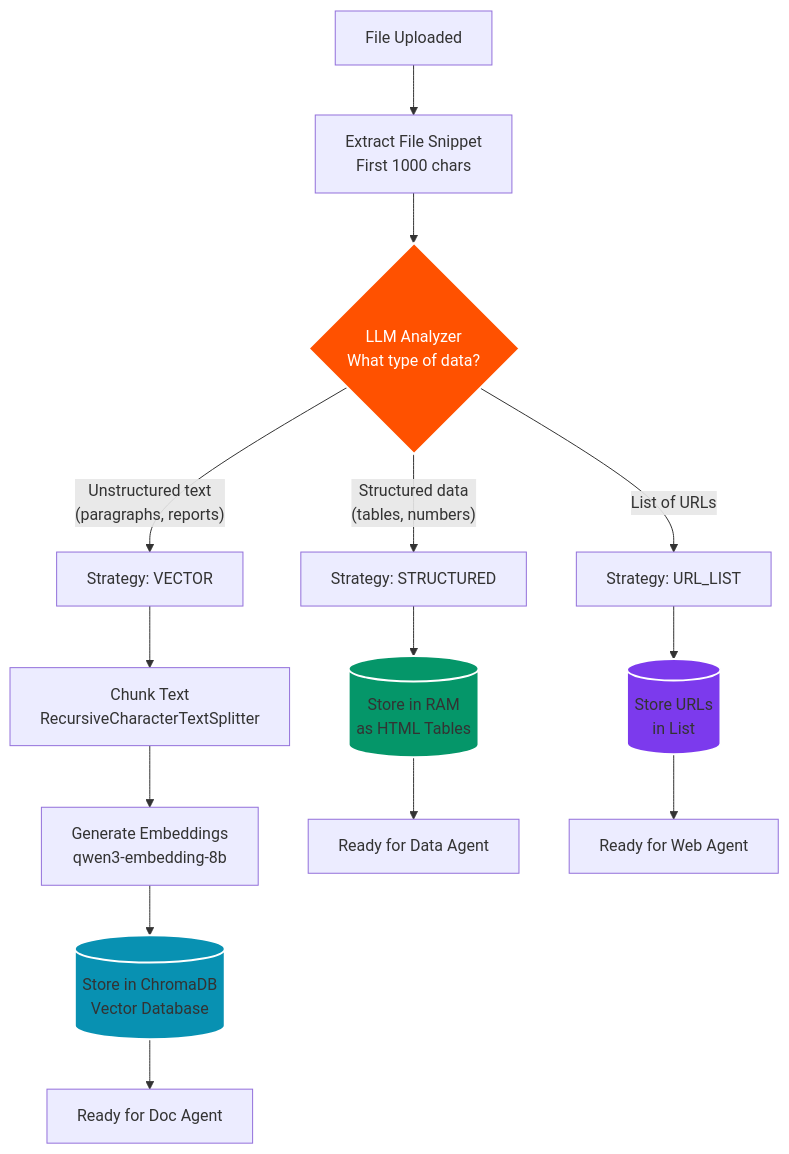
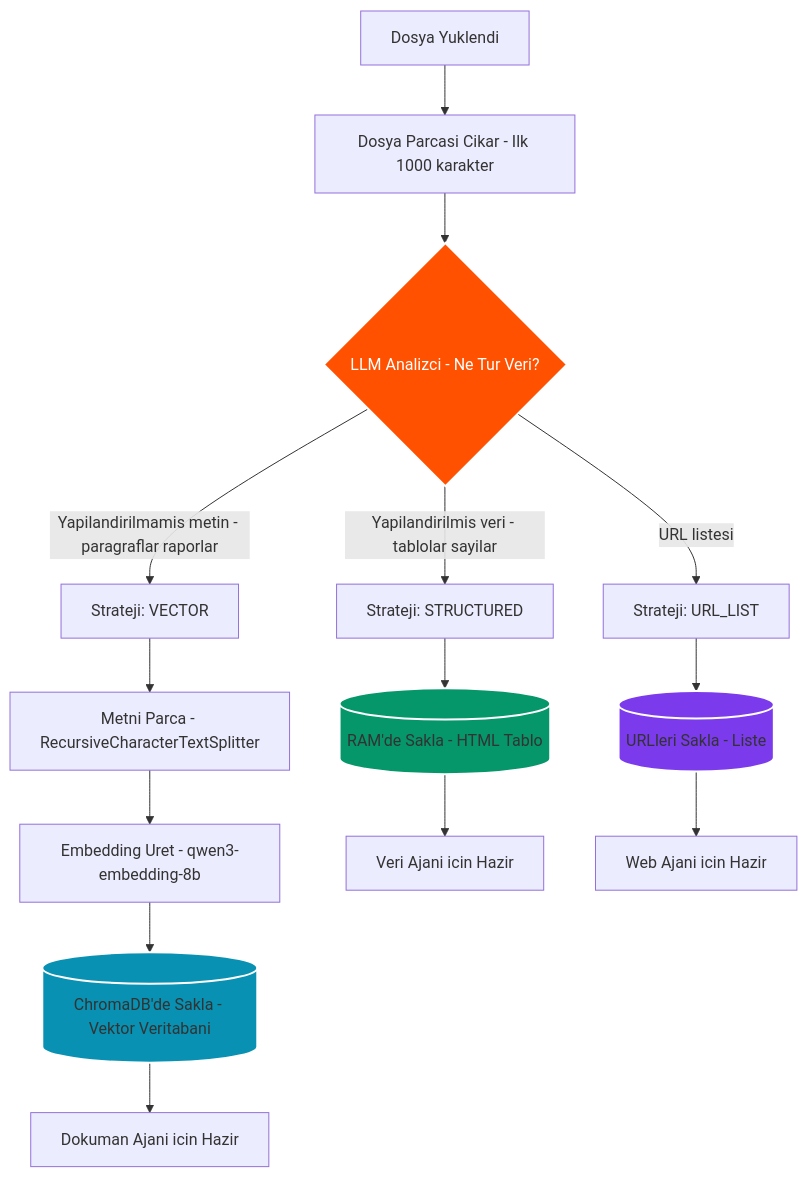
The third of 8 diagrams in README.md (fillopisyu/KKB-Project), drawn with Mermaid before and after one commit. The commit also changed other lines of this file, not shown here.

First line of the commit message:
docs: Translate README to Turkish and fix Mermaid syntax errors

````diff
--- a/README.md
+++ b/README.md
@@ -246,25 +246,25 @@
 ```mermaid
 flowchart TD
-    START[File Uploaded] --> SNIPPET[Extract File Snippet<br/>First 1000 chars]
-    SNIPPET --> LLM{LLM Analyzer<br/>What type of data?}
+    START[Dosya Yuklendi] --> SNIPPET[Dosya Parcasi Cikar - Ilk 1000 karakter]
+    SNIPPET --> LLM{LLM Analizci - Ne Tur Veri?}
     
-    LLM -->|"Structured data<br/>(tables, numbers)"| STRUCTURED[Strategy: STRUCTURED]
-    LLM -->|"Unstructured text<br/>(paragraphs, reports)"| VECTOR[Strategy: VECTOR]
-    LLM -->|"List of URLs"| URLS[Strategy: URL_LIST]
+    LLM -->|Yapilandirilmis veri - tablolar sayilar| STRUCTURED[Strateji: STRUCTURED]
+    LLM -->|Yapilandirilmamis metin - paragraflar raporlar| VECTOR[Strateji: VECTOR]
+    LLM -->|URL listesi| URLS[Strateji: URL_LIST]
     
-    STRUCTURED --> RAM[(Store in RAM<br/>as HTML Tables)]
-    VECTOR --> SPLIT[Chunk Text<br/>RecursiveCharacterTextSplitter]
-    URLS --> URL_STORE[(Store URLs<br/>in List)]
+    STRUCTURED --> RAM[(RAM'de Sakla - HTML Tablo)]
+    VECTOR --> SPLIT[Metni Parca - RecursiveCharacterTextSplitter]
+    URLS --> URL_STORE[(URLleri Sakla - Liste)]
     
-    SPLIT --> EMBED[Generate Embeddings<br/>qwen3-embedding-8b]
-    EMBED --> CHROMA[(Store in ChromaDB<br/>Vector Database)]
+    SPLIT --> EMBED[Embedding Uret - qwen3-embedding-8b]
+    EMBED --> CHROMA[(ChromaDB'de Sakla - Vektor Veritabani)]
     
-    RAM --> READY[Ready for Data Agent]
-    CHROMA --> READY2[Ready for Doc Agent]
-    URL_STORE --> READY3[Ready for Web Agent]
+    RAM --> READY[Veri Ajani icin Hazir]
+    CHROMA --> READY2[Dokuman Ajani icin Hazir]
+    URL_STORE --> READY3[Web Ajani icin Hazir]
     
     style LLM fill:#FF5100,stroke:#fff,stroke-width:2px,color:#fff
     style RAM fill:#059669,stroke:#fff,stroke-width:2px
     style CHROMA fill:#0891b2,stroke:#fff,stroke-width:2px
     style URL_STORE fill:#7c3aed,stroke:#fff,stroke-width:2px
 ```
````
